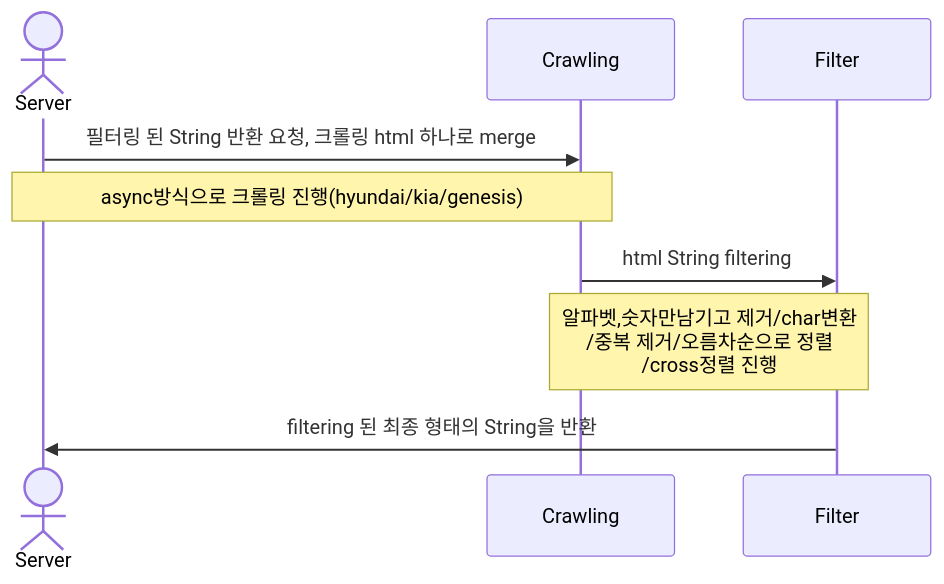
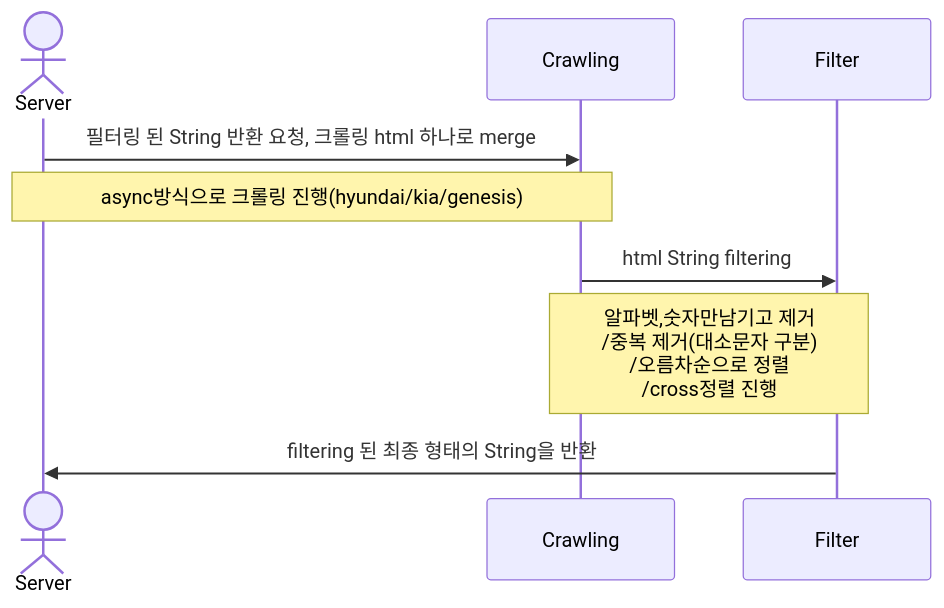
One commit to chaechaeyi/crawling-program changed the diagram in README.md. Above: the diagram before and after it, drawn with Mermaid.

````diff
--- a/README.md
+++ b/README.md
@@ -12,11 +12,11 @@
 ```mermaid
 sequenceDiagram
     actor Server
     participant Crawling
     participant Filter
     Server->>Crawling: 필터링 된 String 반환 요청, 크롤링 html 하나로 merge
     Note over Server, Crawling: async방식으로 크롤링 진행(hyundai/kia/genesis)  
     Crawling->>Filter: html String filtering
-    Note over Crawling, Filter: 알파벳,숫자만남기고 제거/char변환<br/>/중복 제거/오름차순으로 정렬<br/>/cross정렬 진행
+    Note over Crawling, Filter: 알파벳,숫자만남기고 제거<br/>/중복 제거(대소문자 구분)<br/>/오름차순으로 정렬<br/>/cross정렬 진행
     Filter->>Server: filtering 된 최종 형태의 String을 반환
 ```
````
